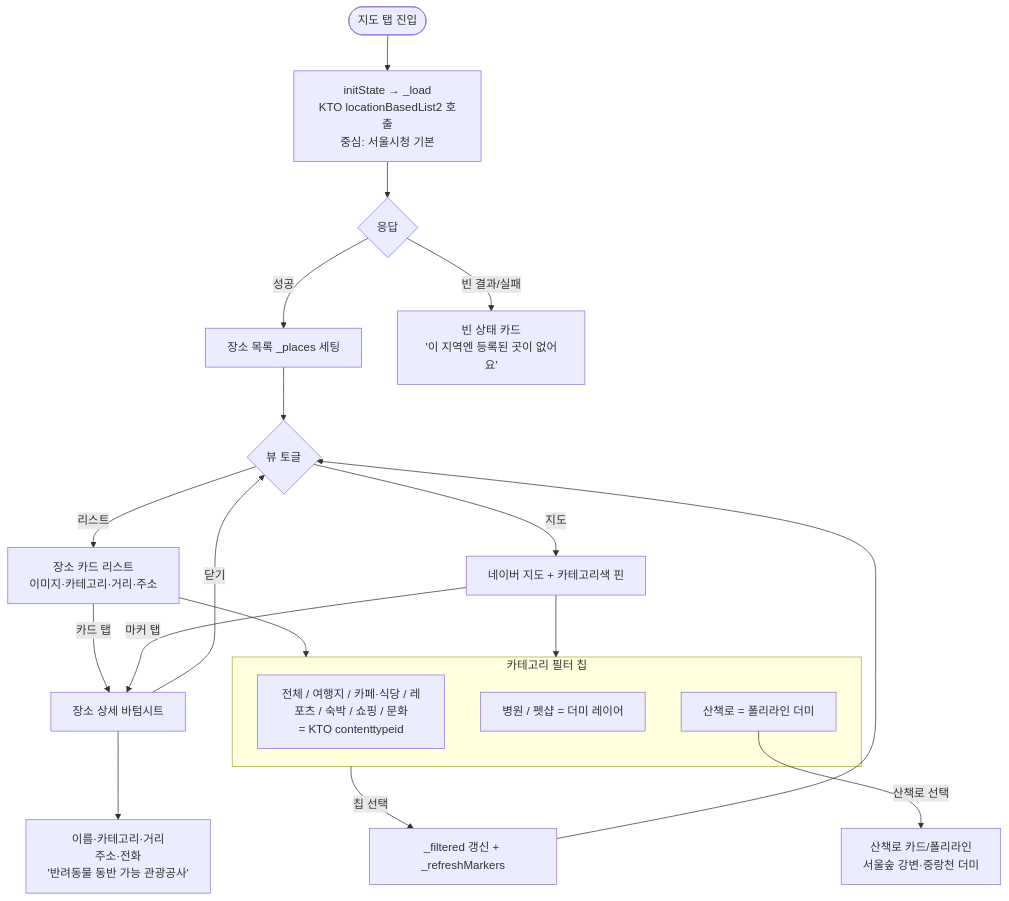
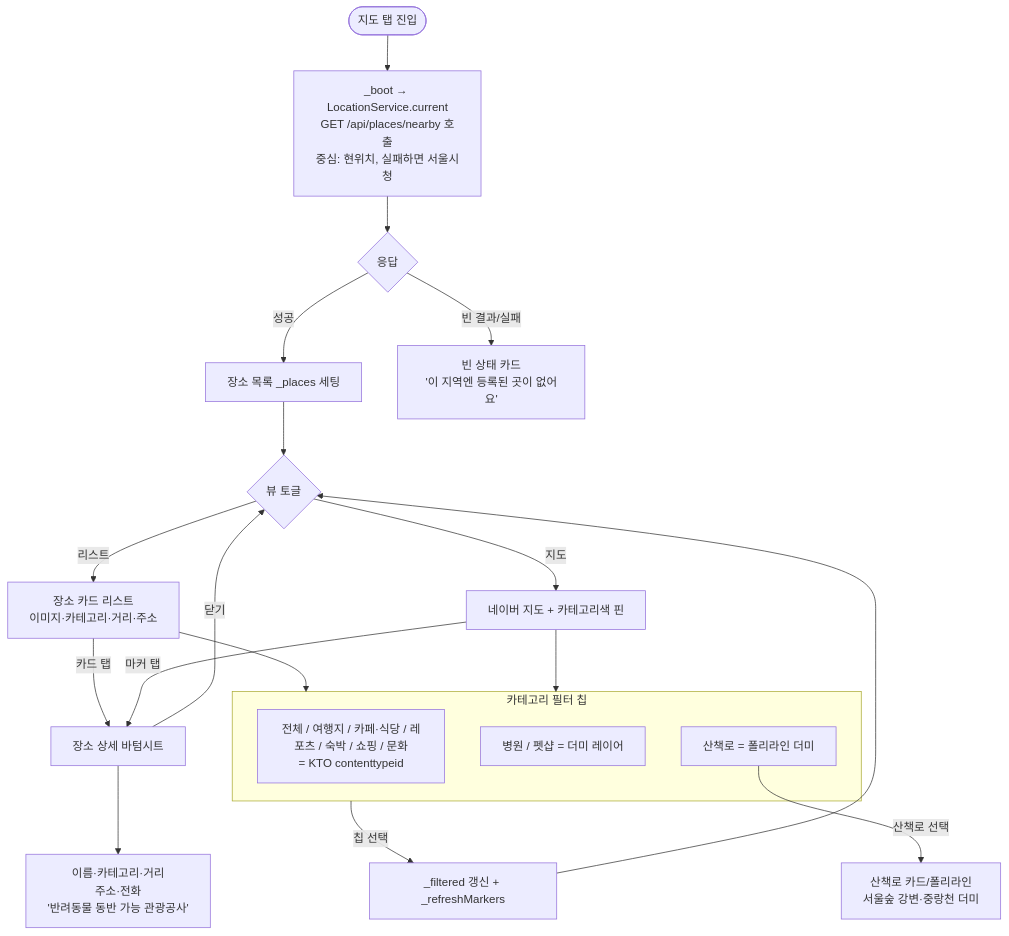
One commit to sanghyunbang/pawloop changed the second of 4 diagrams in docs/01-design/user-flows.md. Above: the diagram before and after it, drawn with Mermaid. The commit also changed other lines of this file and 16 other files, not shown here.

````diff
--- a/docs/01-design/user-flows.md
+++ b/docs/01-design/user-flows.md
@@ -57,28 +57,28 @@
 ```mermaid
 flowchart TD
-    A([지도 탭 진입]) --> B[initState → _load<br/>KTO locationBasedList2 호출<br/>중심: 서울시청 기본]
+    A([지도 탭 진입]) --> B[_boot → LocationService.current<br/>GET /api/places/nearby 호출<br/>중심: 현위치, 실패하면 서울시청]
     B --> C{응답}
     C -->|성공| D[장소 목록 _places 세팅]
     C -->|빈 결과/실패| E[빈 상태 카드<br/>'이 지역엔 등록된 곳이 없어요']
 
     D --> V{뷰 토글}
     V -->|리스트| L[장소 카드 리스트<br/>이미지·카테고리·거리·주소]
     V -->|지도| M[네이버 지도 + 카테고리색 핀]
 
     subgraph 필터[카테고리 필터 칩]
       F1[전체 / 여행지 / 카페·식당 / 레포츠 / 숙박 / 쇼핑 / 문화<br/>= KTO contenttypeid]
       F2[병원 / 펫샵 = 더미 레이어]
       F3[산책로 = 폴리라인 더미]
     end
     L --> 필터
     M --> 필터
     필터 -->|칩 선택| G[_filtered 갱신 + _refreshMarkers]
     G --> V
 
     L -->|카드 탭| S[장소 상세 바텀시트]
     M -->|마커 탭| S
     S --> S1[이름·카테고리·거리<br/>주소·전화<br/>'반려동물 동반 가능 관광공사']
     S -->|닫기| V
 
     F3 -->|산책로 선택| T[산책로 카드/폴리라인<br/>서울숲 강변·중랑천 더미]
 ```
````
